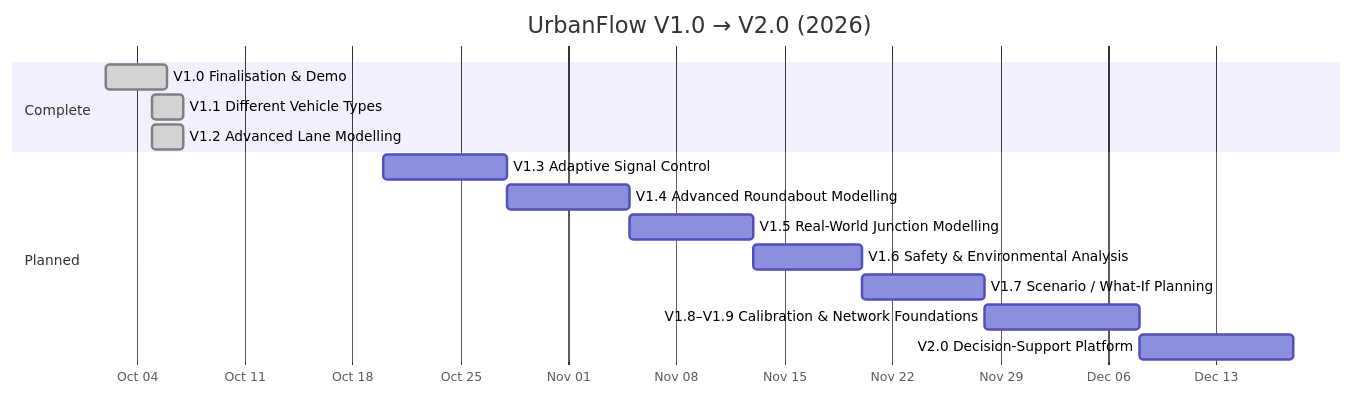
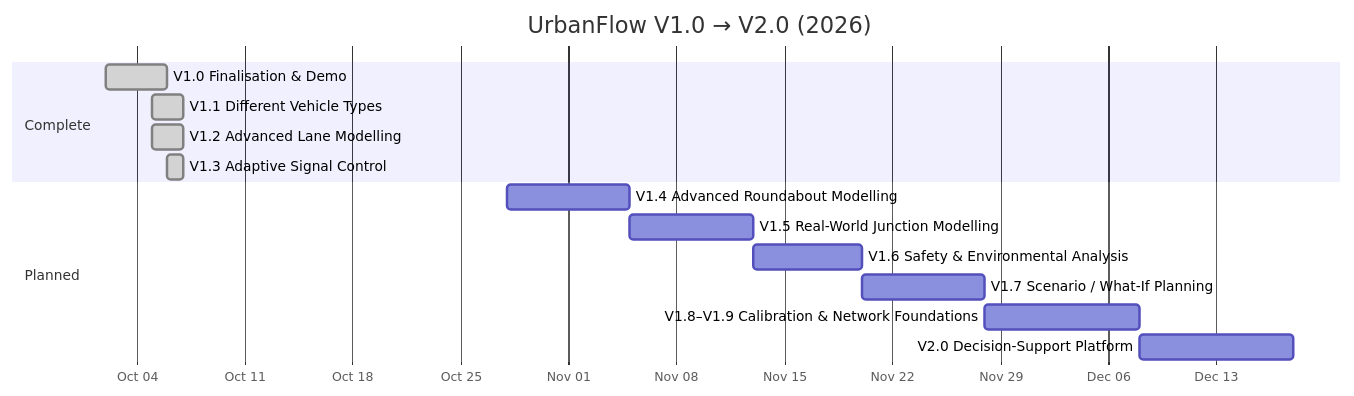
The third of 3 diagrams in docs/ROADMAP.md (Viraj281105/Traffic-Simulation), drawn with Mermaid before and after one commit. The commit also changed other lines of this file and 50 other files, not shown here.

First line of the commit message:
feat: V1.3 adaptive signal control

````diff
--- a/docs/ROADMAP.md
+++ b/docs/ROADMAP.md
@@ -90,19 +90,19 @@
 ```mermaid
 gantt
     title UrbanFlow V1.0 → V2.0 (2026)
     dateFormat YYYY-MM-DD
     axisFormat %b %d
     section Complete
     V1.0 Finalisation & Demo                 :done,    v10, 2026-10-02, 4d
     V1.1 Different Vehicle Types             :done,    v11, 2026-10-05, 2d
     V1.2 Advanced Lane Modelling             :done,    v12, 2026-10-05, 2d
+    V1.3 Adaptive Signal Control             :done,    v13, 2026-10-06, 1d
     section Upcoming
     section Planned
-    V1.3 Adaptive Signal Control             :         v13, 2026-10-20, 8d
     V1.4 Advanced Roundabout Modelling       :         v14, 2026-10-28, 8d
     V1.5 Real-World Junction Modelling       :         v15, 2026-11-05, 8d
     V1.6 Safety & Environmental Analysis     :         v16, 2026-11-13, 7d
     V1.7 Scenario / What-If Planning         :         v17, 2026-11-20, 8d
     V1.8–V1.9 Calibration & Network Foundations :      v18, 2026-11-28, 10d
     V2.0 Decision-Support Platform           :         v20, 2026-12-08, 10d
 ```
````
